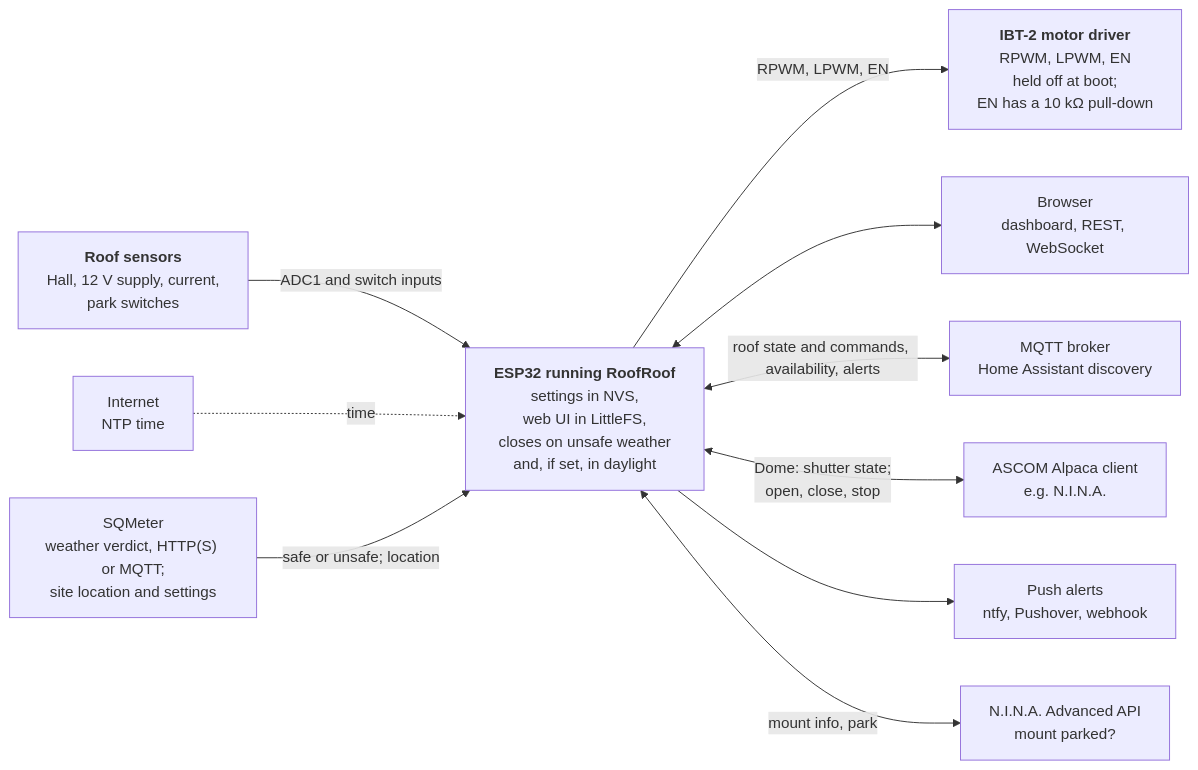
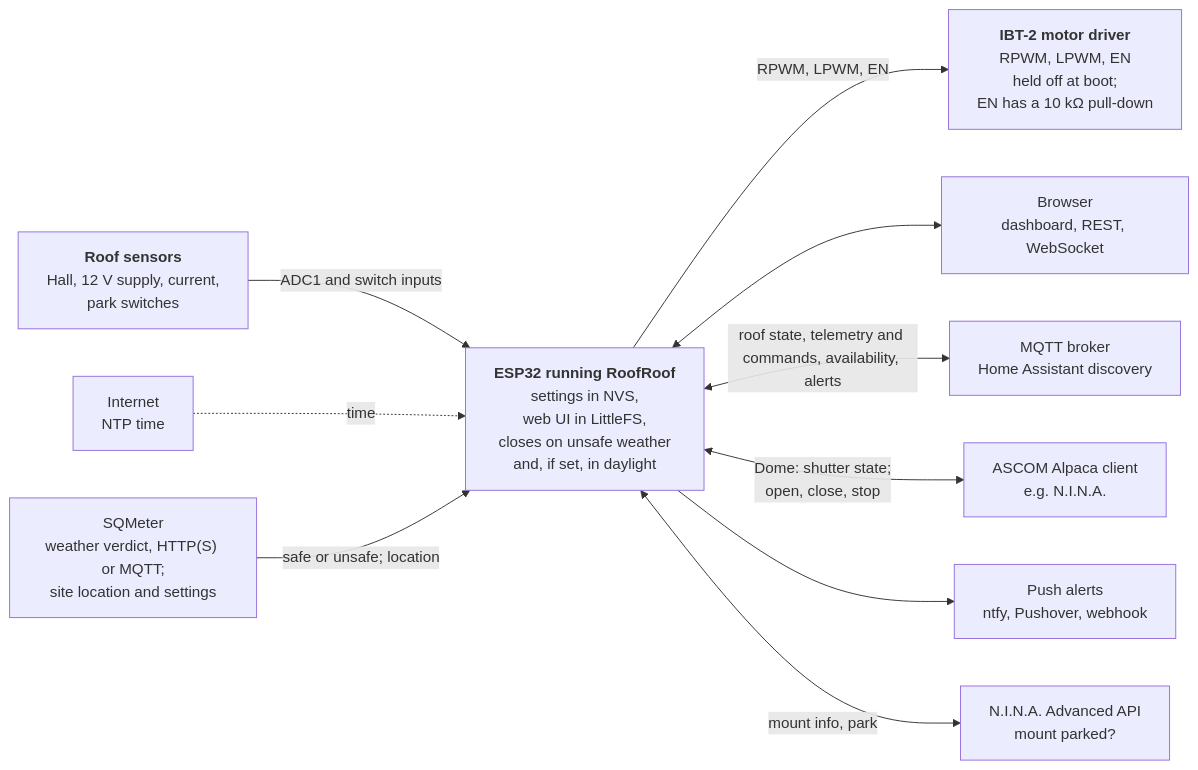
The diagram in docs/index.md (DeanJ87/RoofRoof), drawn with Mermaid before and after one commit. The commit also changed other lines of this file and 39 other files, not shown here.

Commit message:
Spec 046: MQTT telemetry for long-term logging (<base>/telemetry, <base>/move)

````diff
--- a/docs/index.md
+++ b/docs/index.md
@@ -29,24 +29,24 @@
 ```mermaid
 flowchart LR
     accTitle: What RoofRoof connects to
-    accDescr: The ESP32 holds the motor driver's pins low from boot and drives it on a person's, an imaging app's or (when switched on) an MQTT command, or to close the roof when the weather turns unsafe (or, with the daylight close set, after sunrise), reads the roof's Hall, supply, current and park inputs, keeps its settings and web UI on the device, serves a dashboard and APIs to browsers, publishes the roof's state to an MQTT broker and takes its commands when switched on, serves the roof as an ASCOM Alpaca Dome to clients such as N.I.N.A., and sends alerts to push services. It reads the weather verdict, the site's location and its shared settings and secrets (copied on request or kept in step) from SQMeter, and the mount's park state from N.I.N.A.'s Advanced API, its park switches, or both. It gets time from the internet by NTP.
+    accDescr: The ESP32 holds the motor driver's pins low from boot and drives it on a person's, an imaging app's or (when switched on) an MQTT command, or to close the roof when the weather turns unsafe (or, with the daylight close set, after sunrise), reads the roof's Hall, supply, current and park inputs, keeps its settings and web UI on the device, serves a dashboard and APIs to browsers, publishes the roof's state and telemetry to an MQTT broker and takes its commands when switched on, serves the roof as an ASCOM Alpaca Dome to clients such as N.I.N.A., and sends alerts to push services. It reads the weather verdict, the site's location and its shared settings and secrets (copied on request or kept in step) from SQMeter, and the mount's park state from N.I.N.A.'s Advanced API, its park switches, or both. It gets time from the internet by NTP.
     DRIVER["<b>IBT-2 motor driver</b><br/>RPWM, LPWM, EN<br/>held off at boot;<br/>EN has a 10 kΩ pull-down"]
     SENSE["<b>Roof sensors</b><br/>Hall, 12 V supply, current,<br/>park switches"]
     ESP["<b>ESP32 running RoofRoof</b><br/>settings in NVS,<br/>web UI in LittleFS,<br/>closes on unsafe weather<br/>and, if set, in daylight"]
     WEB["Browser<br/>dashboard, REST, WebSocket"]
     MQTT["MQTT broker<br/>Home Assistant discovery"]
     ALPACA["ASCOM Alpaca client<br/>e.g. N.I.N.A."]
     PUSH["Push alerts<br/>ntfy, Pushover, webhook"]
     NET["Internet<br/>NTP time"]
     SQM["SQMeter<br/>weather verdict, HTTP(S) or MQTT;<br/>site location and settings"]
     NAPI["N.I.N.A. Advanced API<br/>mount parked?"]
     ESP -->|"RPWM, LPWM, EN"| DRIVER
     SENSE -->|"ADC1 and switch inputs"| ESP
     NET -.->|time| ESP
     ESP <--> WEB
-    ESP <-->|roof state and commands, availability, alerts| MQTT
+    ESP <-->|roof state, telemetry and commands, availability, alerts| MQTT
     ESP <-->|Dome: shutter state;<br/>open, close, stop| ALPACA
     ESP --> PUSH
     SQM -->|"safe or unsafe; location"| ESP
     ESP <-->|mount info, park| NAPI
 ```
````
